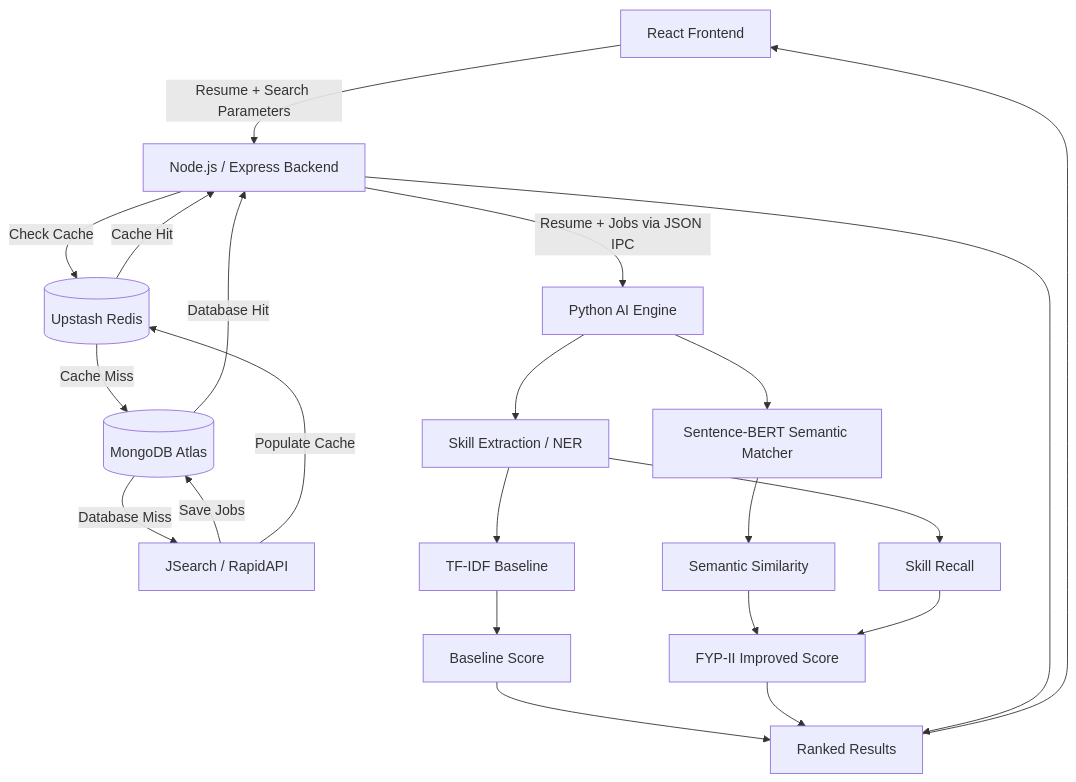
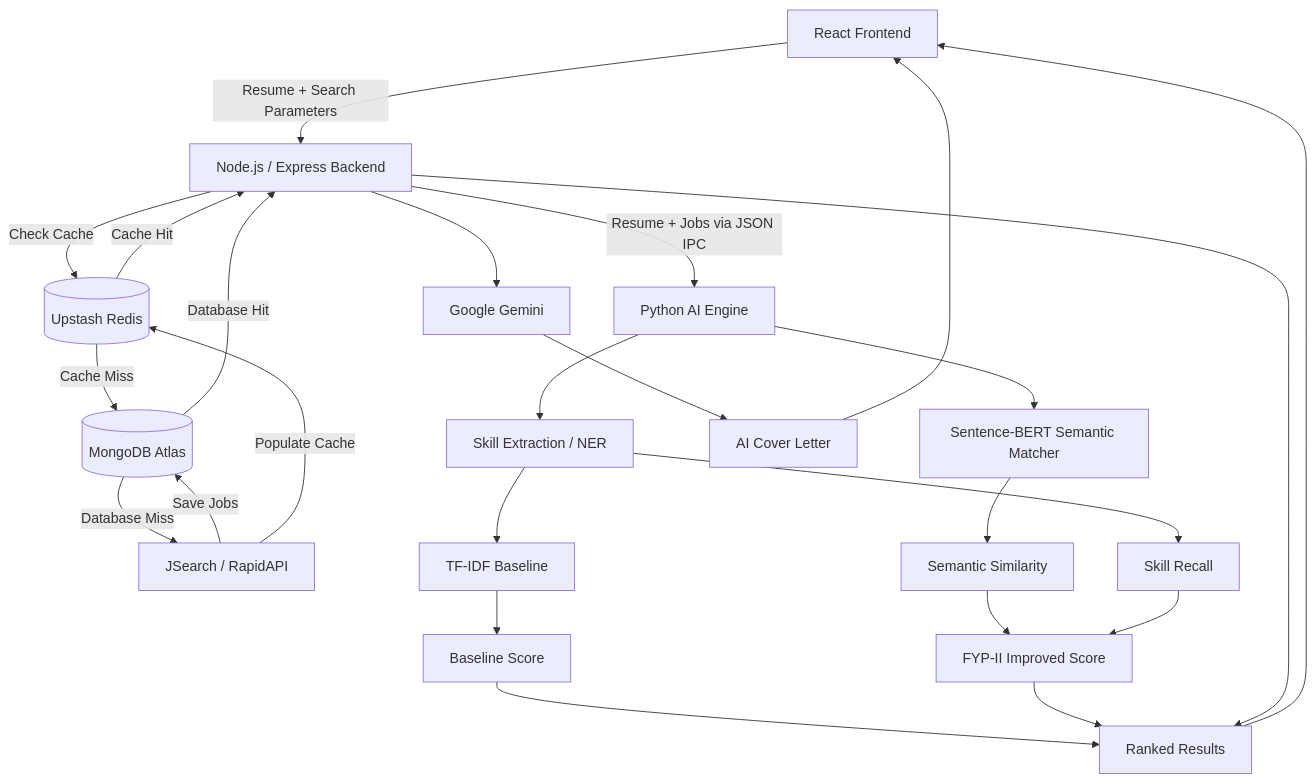
The diagram in README.md (HassanFareedMughal/matchHire.ai), drawn with Mermaid before and after one commit. The commit also changed other lines of this file, not shown here.

````diff
--- a/README.md
+++ b/README.md
@@ -122,24 +240,51 @@
 ```mermaid
 graph TD
+
     A[React Frontend] -->|Resume + Search Parameters| B[Node.js / Express Backend]
+
     B -->|Check Cache| R[(Upstash Redis)]
+
     R -->|Cache Hit| B
+
     R -->|Cache Miss| M[(MongoDB Atlas)]
+
     M -->|Database Hit| B
+
     M -->|Database Miss| C[JSearch / RapidAPI]
+
     C -->|Save Jobs| M
+
     C -->|Populate Cache| R
+
     B -->|Resume + Jobs via JSON IPC| D[Python AI Engine]
+
     D --> E[Skill Extraction / NER]
+
     E --> F[TF-IDF Baseline]
+
     D --> G[Sentence-BERT Semantic Matcher]
+
     F --> H[Baseline Score]
+
     G --> I[Semantic Similarity]
+
     E --> J[Skill Recall]
+
     I --> K[FYP-II Improved Score]
+
     J --> K
+
     H --> L[Ranked Results]
+
     K --> L
+
     B --> L
+
     L --> A
+
+    B --> N[Google Gemini]
+
+    N --> O[AI Cover Letter]
+
+    O --> A
 ```
````
